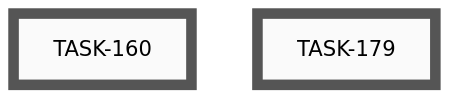
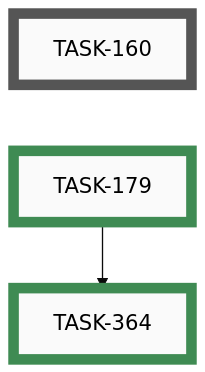
Before and after one commit to tgd1975/AwesomeGuitarPedal: the first of 13 diagrams in docs/developers/tasks/EPICS.md, drawn with Mermaid (base theme). The commit also changed other lines of this file and 438 other files, not shown here.

````diff
--- a/docs/developers/tasks/EPICS.md
+++ b/docs/developers/tasks/EPICS.md
@@ -25,16 +33,19 @@
 ```mermaid
-graph LR
+graph TD
     TASK_160["TASK-160"]:::open
-    TASK_179["TASK-179"]:::open
+    TASK_179["TASK-179"]:::closed
+    TASK_364["TASK-364"]:::closed
+    TASK_179 --> TASK_364
     TASK_160 ~~~ TASK_179
     click TASK_160 "open/task-160-publish-android-play-store.md"
-    click TASK_179 "open/task-179-determine-android-app-release.md"
+    click TASK_179 "closed/task-179-determine-android-app-release.md"
+    click TASK_364 "closed/task-364-thin-out-release-skill.md"
     classDef open    fill:#FAFAFA,stroke:#555,stroke-width:8px,color:#000
     classDef active  fill:#FAFAFA,stroke:#1A6FA8,stroke-width:8px,color:#000
     classDef closed  fill:#FAFAFA,stroke:#3F8B53,stroke-width:8px,color:#000
     classDef paused  fill:#FAFAFA,stroke:#B07810,stroke-width:8px,color:#000
     classDef openExt    fill:#000,stroke:#888,stroke-width:8px,color:#FFF
     classDef activeExt  fill:#000,stroke:#3FA9F5,stroke-width:8px,color:#FFF
     classDef closedExt  fill:#000,stroke:#7CC68A,stroke-width:8px,color:#FFF
     classDef pausedExt  fill:#000,stroke:#F0B030,stroke-width:8px,color:#FFF
 ```
````
